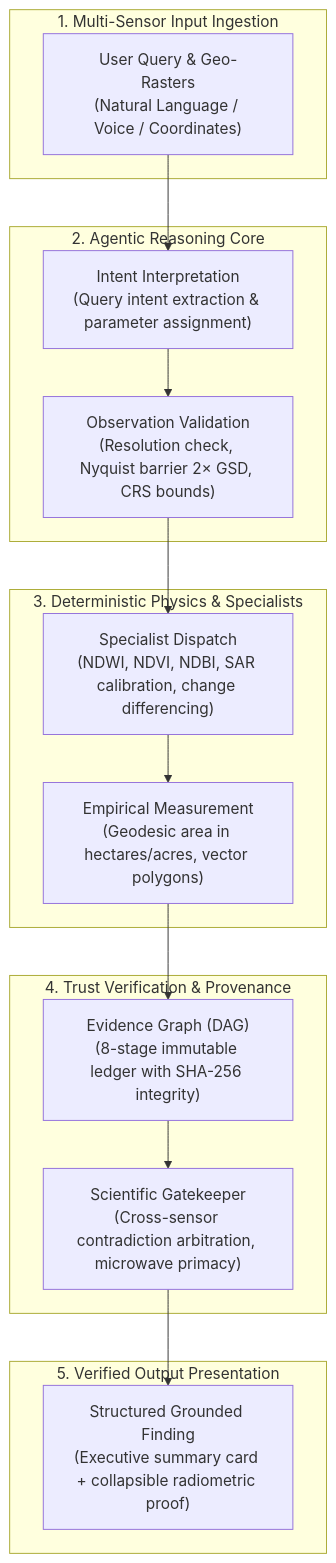
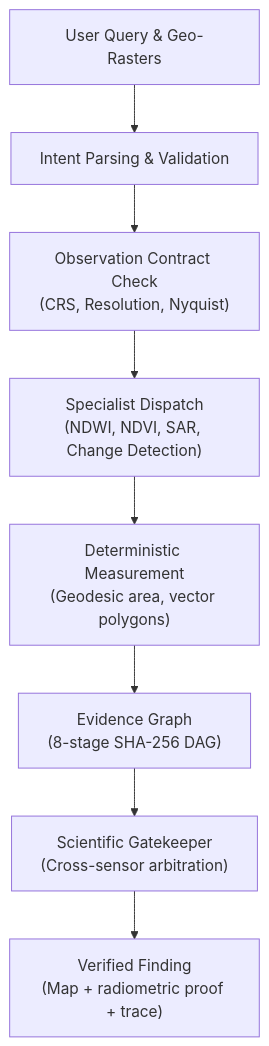
Before and after one commit to Gowrav-M/satquery-ai-sih-2026-evidence: the diagram in README.md, drawn with Mermaid. The commit also changed other lines of this file and 36 other files, not shown here.

````diff
--- a/README.md
+++ b/README.md
@@ -32,33 +27,10 @@
 ```mermaid
 flowchart TD
-    subgraph Ingestion ["1. Multi-Sensor Input Ingestion"]
-        Q["User Query & Geo-Rasters<br/>(Natural Language / Voice / Coordinates)"]
-    end
-
-    subgraph Reasoning ["2. Agentic Reasoning Core"]
-        Intent["Intent Interpretation<br/>(Query intent extraction & parameter assignment)"]
-        Validation["Observation Validation<br/>(Resolution check, Nyquist barrier 2× GSD, CRS bounds)"]
-    end
-
-    subgraph Execution ["3. Deterministic Physics & Specialists"]
-        Dispatch["Specialist Dispatch<br/>(NDWI, NDVI, NDBI, SAR calibration, change differencing)"]
-        Measure["Empirical Measurement<br/>(Geodesic area in hectares/acres, vector polygons)"]
-    end
-
-    subgraph TrustLayer ["4. Trust Verification & Provenance"]
-        DAG["Evidence Graph (DAG)<br/>(8-stage immutable ledger with SHA-256 integrity)"]
-        Gatekeeper["Scientific Gatekeeper<br/>(Cross-sensor contradiction arbitration, microwave primacy)"]
-    end
-
-    subgraph Delivery ["5. Verified Output Presentation"]
-        Finding["Structured Grounded Finding<br/>(Executive summary card + collapsible radiometric proof)"]
-    end
-
-    Q --> Intent
-    Intent --> Validation
-    Validation --> Dispatch
-    Dispatch --> Measure
-    Measure --> DAG
-    DAG --> Gatekeeper
-    Gatekeeper --> Finding
+    Q["User Query & Geo-Rasters"] --> Intent["Intent Parsing & Validation"]
+    Intent --> Contract["Observation Contract Check<br/>(CRS, Resolution, Nyquist)"]
+    Contract --> Dispatch["Specialist Dispatch<br/>(NDWI, NDVI, SAR, Change Detection)"]
+    Dispatch --> Measure["Deterministic Measurement<br/>(Geodesic area, vector polygons)"]
+    Measure --> DAG["Evidence Graph<br/>(8-stage SHA-256 DAG)"]
+    DAG --> Gate["Scientific Gatekeeper<br/>(Cross-sensor arbitration)"]
+    Gate --> Output["Verified Finding<br/>(Map + radiometric proof + trace)"]
 ```
````
